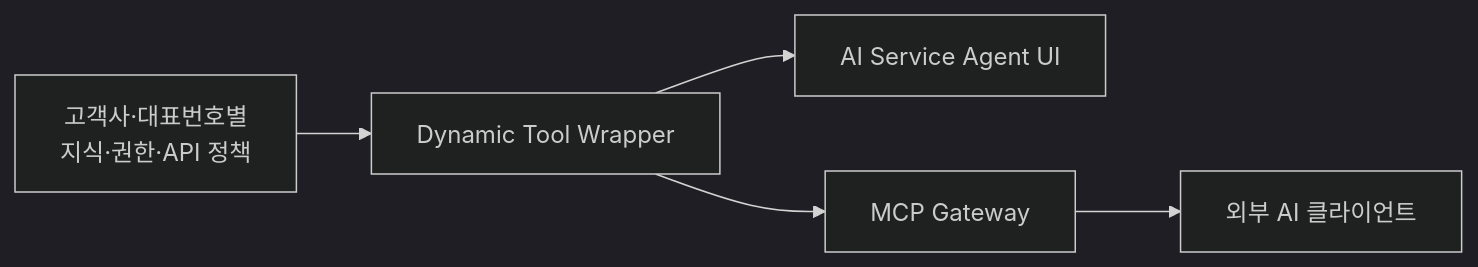
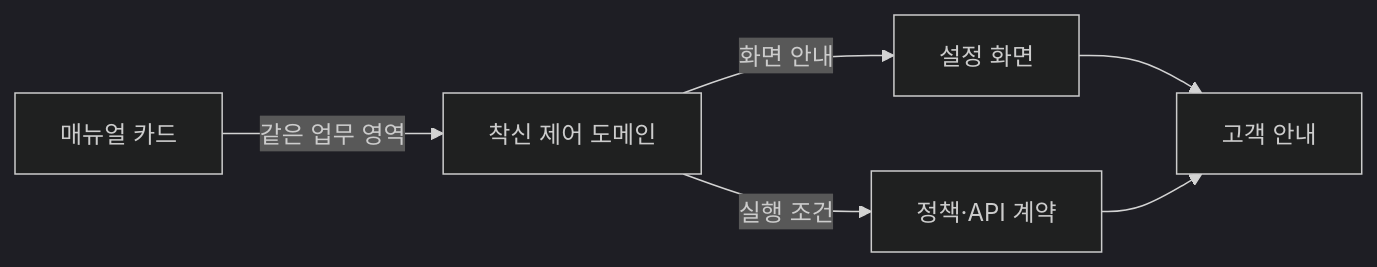
One commit to hak023/sip_pbx changed the seventh of 10 diagrams in docs/AI_SERVICE_AGENT_SERVICE_INTRODUCTION.md. Above: the diagram before and after it, drawn with Mermaid (dark theme). The commit also changed other lines of this file, not shown here.

Commit message:
docs: update AI service agent introduction

````diff
--- a/docs/AI_SERVICE_AGENT_SERVICE_INTRODUCTION.md
+++ b/docs/AI_SERVICE_AGENT_SERVICE_INTRODUCTION.md
@@ -447,7 +245,8 @@
 ```mermaid
 flowchart LR
-    K[고객사·대표번호별\n지식·권한·API 정책] --> D[Dynamic Tool Wrapper]
-    D --> A[AI Service Agent UI]
-    D --> M[MCP Gateway]
-    M --> C[외부 AI 클라이언트]
+    M[매뉴얼 카드] -->|같은 업무 영역| D[착신 제어 도메인]
+    D -->|화면 안내| S[설정 화면]
+    D -->|실행 조건| P[정책·API 계약]
+    S --> R[고객 안내]
+    P --> R
 ```
````
